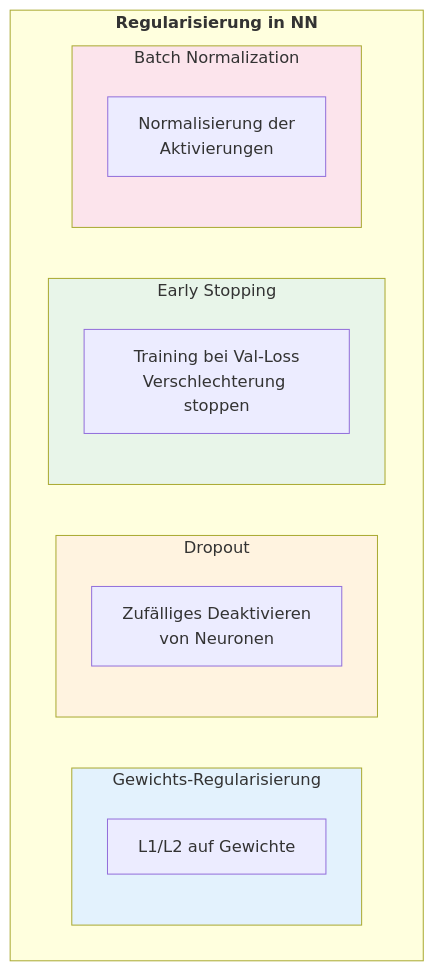
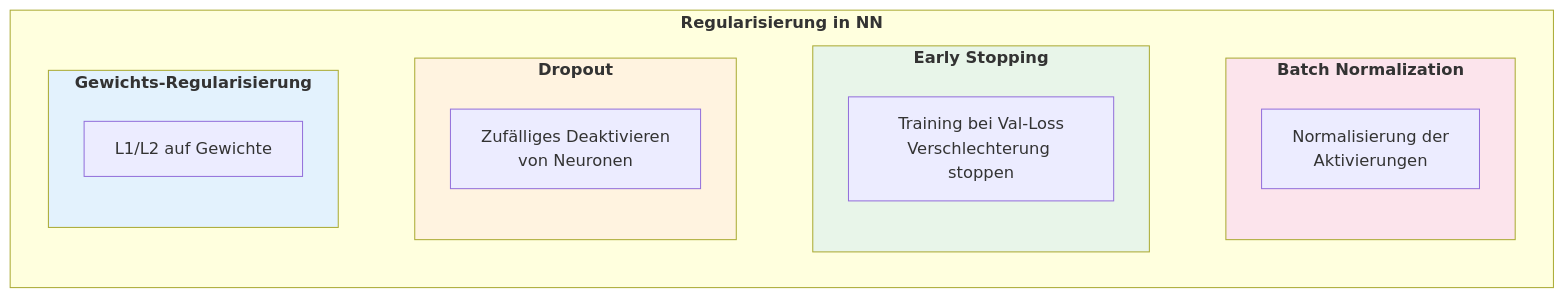
One commit to ralf-42/ML_Intro changed the third of 5 diagrams in docs/concepts/evaluate/regularisierung.md. Above: the diagram before and after it, drawn with Mermaid. The commit also changed other lines of this file and 1 other file, not shown here.

````diff
--- a/docs/concepts/evaluate/regularisierung.md
+++ b/docs/concepts/evaluate/regularisierung.md
@@ -351,25 +351,27 @@
 ```mermaid
 flowchart TB
-    subgraph nn_reg["<b>Regularisierung in NN</b>"]
-        subgraph weight["Gewichts-Regularisierung"]
+    subgraph nn_reg["<b><b>Regularisierung in NN</b>"]
+        subgraph weight["<b>Gewichts-Regularisierung"]
             W1["L1/L2 auf Gewichte"]
         end
         
-        subgraph dropout["Dropout"]
+        subgraph dropout["<b>Dropout"]
             D1["Zufälliges Deaktivieren<br/>von Neuronen"]
         end
         
-        subgraph early["Early Stopping"]
+        subgraph early["<b>Early Stopping"]
             E1["Training bei Val-Loss<br/>Verschlechterung stoppen"]
         end
         
-        subgraph bn["Batch Normalization"]
+        subgraph bn["<b>Batch Normalization"]
             B1["Normalisierung der<br/>Aktivierungen"]
         end
     end
+    
+    weight ~~~ dropout ~~~ early ~~~ bn
     
     style weight fill:#e3f2fd
     style dropout fill:#fff3e0
     style early fill:#e8f5e9
     style bn fill:#fce4ec
 ```
````
